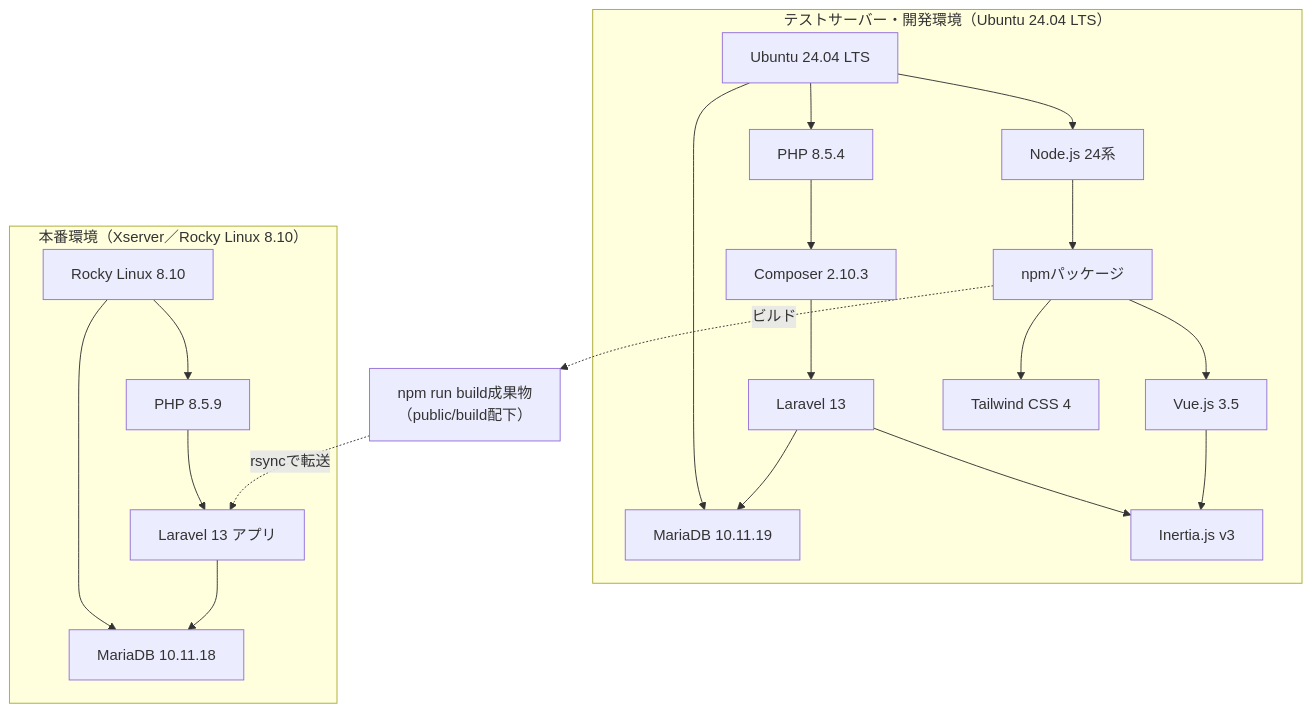
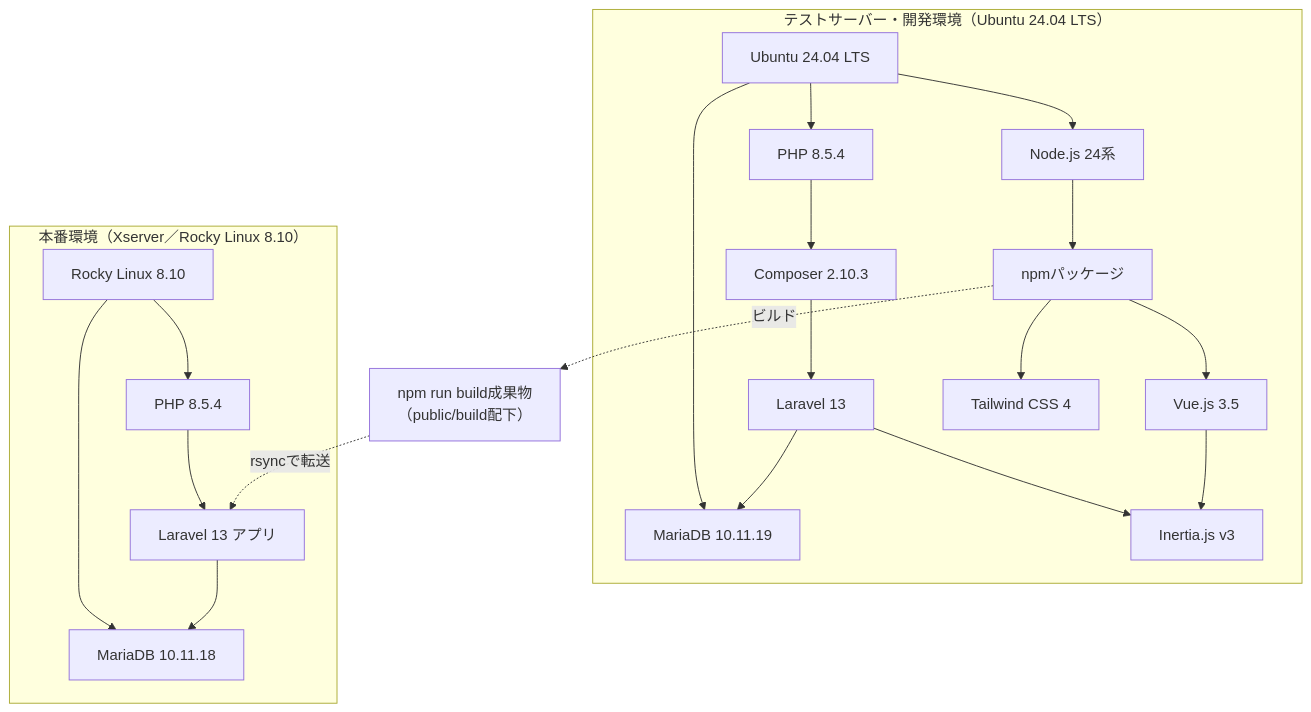
One commit to pluslub/helpstation changed the diagram in docs/技術仕様書.md. Above: the diagram before and after it, drawn with Mermaid. The commit also changed other lines of this file and 1 other file, not shown here.

````diff
--- a/docs/技術仕様書.md
+++ b/docs/技術仕様書.md
@@ -23,27 +23,27 @@
 ```mermaid
 flowchart TB
     subgraph Dev["テストサーバー・開発環境（Ubuntu 24.04 LTS）"]
         OS1[Ubuntu 24.04 LTS] --> PHP1[PHP 8.5.4]
         OS1 --> Node1[Node.js 24系]
         OS1 --> DB1[MariaDB 10.11.19]
         PHP1 --> Composer[Composer 2.10.3]
         Composer --> Laravel1[Laravel 13]
         Node1 --> Npm[npmパッケージ]
         Npm --> Vue[Vue.js 3.5]
         Npm --> Tailwind[Tailwind CSS 4]
         Laravel1 --> Inertia[Inertia.js v3]
         Vue --> Inertia
         Laravel1 --> DB1
     end
 
     subgraph Prod["本番環境（Xserver／Rocky Linux 8.10）"]
-        OS2[Rocky Linux 8.10] --> PHP2[PHP 8.5.9]
+        OS2[Rocky Linux 8.10] --> PHP2[PHP 8.5.4]
         OS2 --> DB2[MariaDB 10.11.18]
         PHP2 --> Laravel2[Laravel 13 アプリ]
         Laravel2 --> DB2
     end
 
     Build[npm run build成果物<br>（public/build配下）]
     Npm -.ビルド.-> Build
     Build -.rsyncで転送.-> Laravel2
 ```
````
